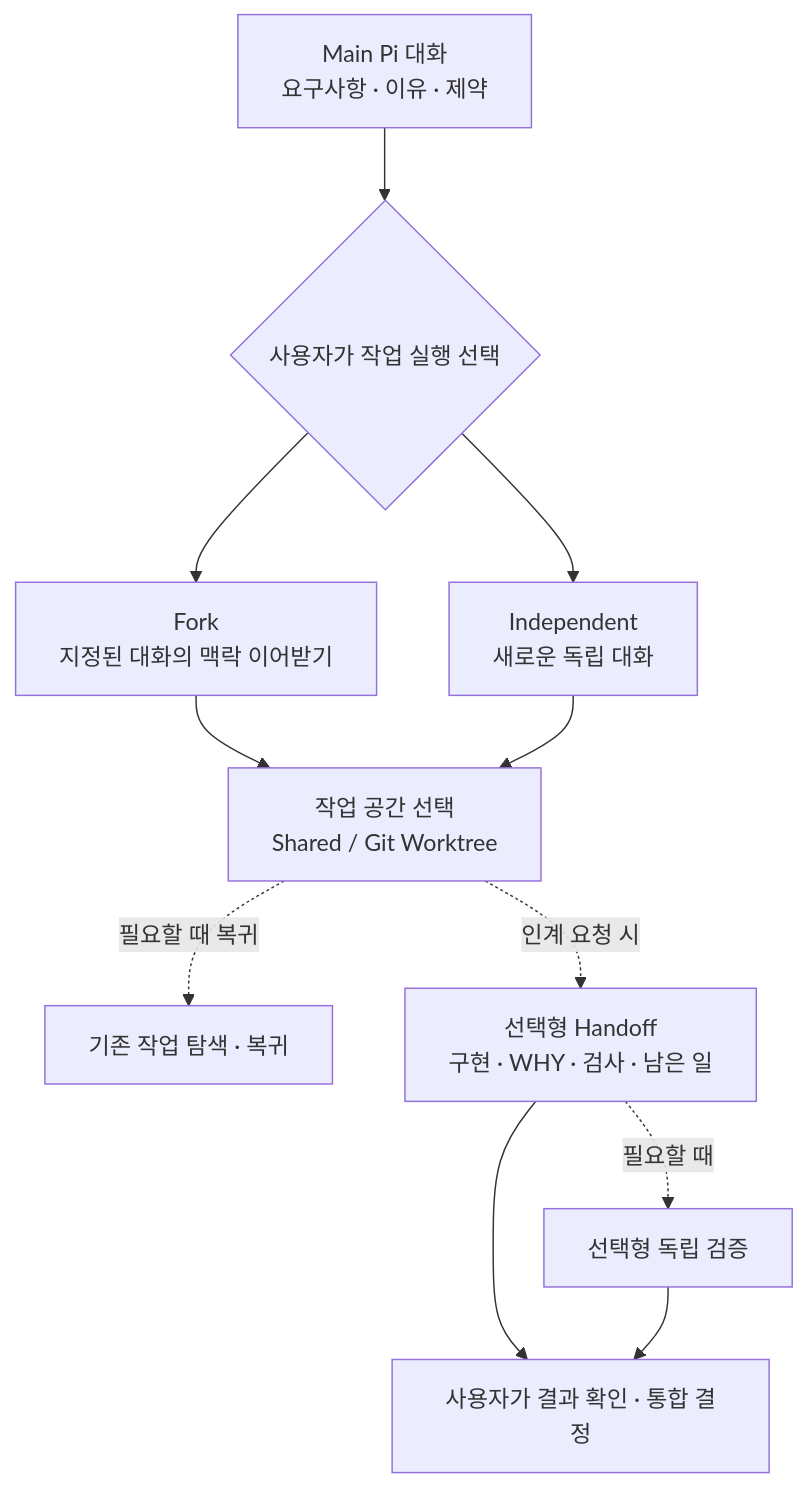
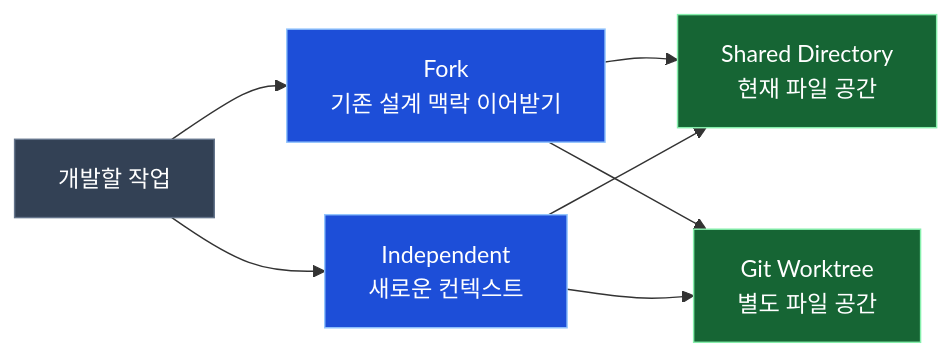
The diagram in README.md (SEONGMINY/pi-compose), drawn with Mermaid before and after one commit. The commit also changed other lines of this file, not shown here.

````diff
--- a/README.md
+++ b/README.md
@@ -115,23 +87,22 @@
 ```mermaid
-flowchart TD
-    M["Main Pi 대화<br/>요구사항 · 이유 · 제약"]
-    U{"사용자가 작업 실행 선택"}
-    F["Fork<br/>지정된 대화의 맥락 이어받기"]
-    I["Independent<br/>새로운 독립 대화"]
-    W["작업 공간 선택<br/>Shared / Git Worktree"]
-    R["기존 작업 탐색 · 복귀"]
-    H["선택형 Handoff<br/>구현 · WHY · 검사 · 남은 일"]
-    V["선택형 독립 검증"]
-    D["사용자가 결과 확인 · 통합 결정"]
+flowchart LR
+  START["개발할 작업"]
+  FORK["Fork<br/>기존 설계 맥락 이어받기"]
+  INDEP["Independent<br/>새로운 컨텍스트"]
+  SHARED["Shared Directory<br/>현재 파일 공간"]
+  TREE["Git Worktree<br/>별도 파일 공간"]
 
-    M --> U
-    U --> F
-    U --> I
-    F --> W
-    I --> W
-    W -. "필요할 때 복귀" .-> R
-    W -. "인계 요청 시" .-> H
-    H -. "필요할 때" .-> V
-    H --> D
-    V --> D
+  START --> FORK
+  START --> INDEP
+  FORK --> SHARED
+  FORK --> TREE
+  INDEP --> SHARED
+  INDEP --> TREE
+
+  classDef neutral fill:#334155,stroke:#64748b,color:#fff
+  classDef context fill:#1d4ed8,stroke:#93c5fd,color:#fff
+  classDef workspace fill:#166534,stroke:#86efac,color:#fff
+  class START neutral
+  class FORK,INDEP context
+  class SHARED,TREE workspace
 ```
````
